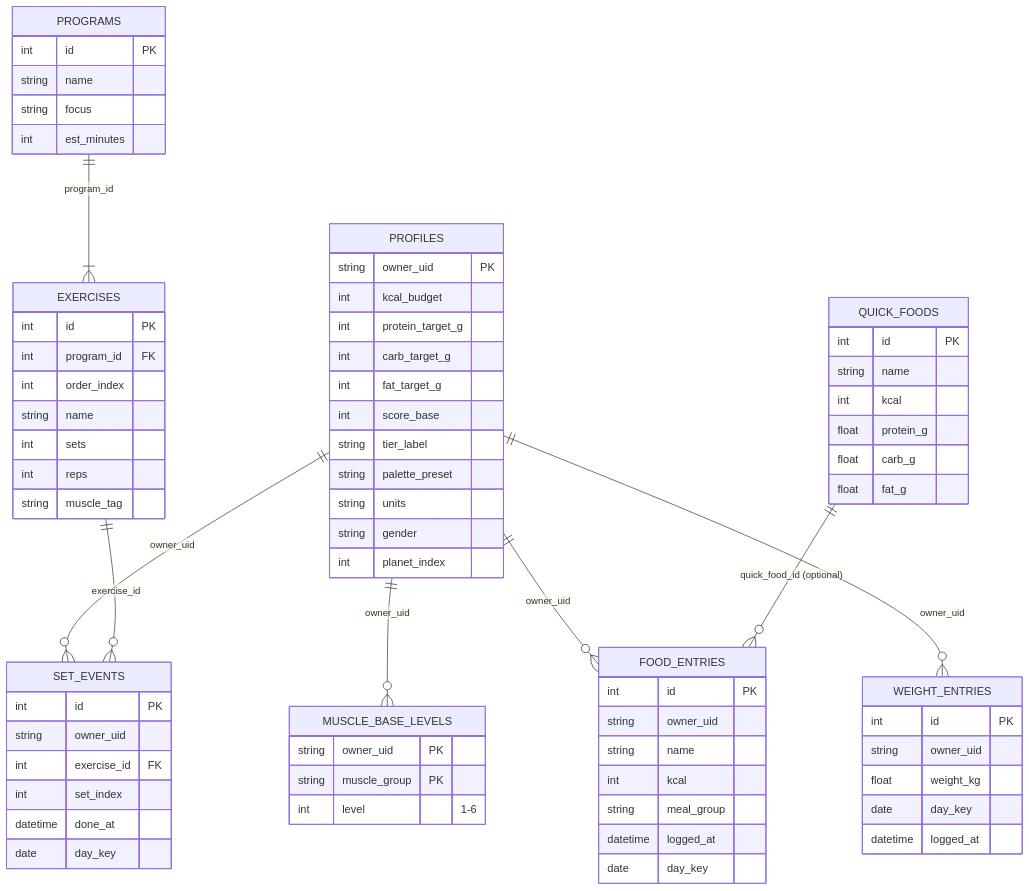
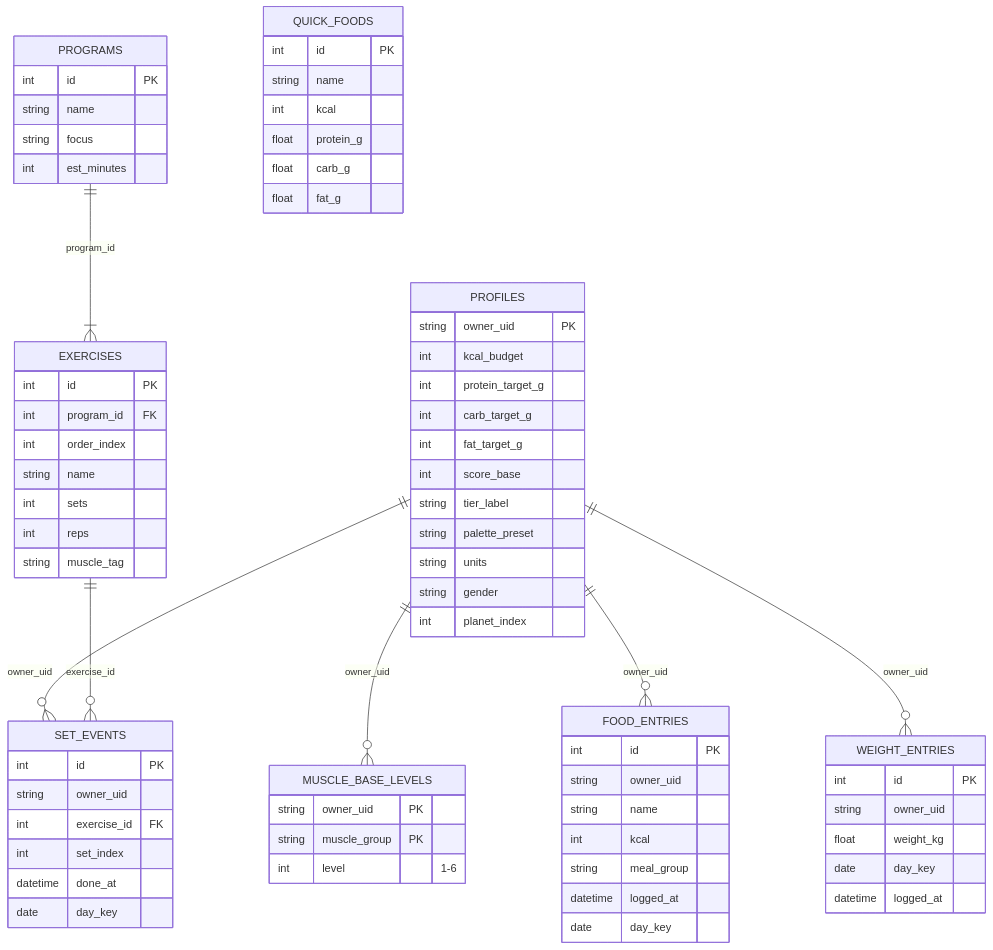
Before and after one commit to bretthinkle123/orbit-fitness-app: the third of 5 diagrams in docs/system_architecture.md, drawn with Mermaid. The commit also changed other lines of this file and 22 other files, not shown here.

````diff
--- a/docs/system_architecture.md
+++ b/docs/system_architecture.md
@@ -63,76 +63,75 @@
 ```mermaid
 erDiagram
     PROFILES ||--o{ MUSCLE_BASE_LEVELS : "owner_uid"
     PROFILES ||--o{ FOOD_ENTRIES : "owner_uid"
     PROFILES ||--o{ SET_EVENTS : "owner_uid"
     PROFILES ||--o{ WEIGHT_ENTRIES : "owner_uid"
     PROGRAMS ||--|{ EXERCISES : "program_id"
     EXERCISES ||--o{ SET_EVENTS : "exercise_id"
-    QUICK_FOODS ||--o{ FOOD_ENTRIES : "quick_food_id (optional)"
 
     PROFILES {
         string owner_uid PK
         int kcal_budget
         int protein_target_g
         int carb_target_g
         int fat_target_g
         int score_base
         string tier_label
         string palette_preset
         string units
         string gender
         int planet_index
     }
     MUSCLE_BASE_LEVELS {
         string owner_uid PK
         string muscle_group PK
         int level "1-6"
     }
     QUICK_FOODS {
         int id PK
         string name
         int kcal
         float protein_g
         float carb_g
         float fat_g
     }
     FOOD_ENTRIES {
         int id PK
         string owner_uid
         string name
         int kcal
         string meal_group
         datetime logged_at
         date day_key
     }
     PROGRAMS {
         int id PK
         string name
         string focus
         int est_minutes
     }
     EXERCISES {
         int id PK
         int program_id FK
         int order_index
         string name
         int sets
         int reps
         string muscle_tag
     }
     SET_EVENTS {
         int id PK
         string owner_uid
         int exercise_id FK
         int set_index
         datetime done_at
         date day_key
     }
     WEIGHT_ENTRIES {
         int id PK
         string owner_uid
         float weight_kg
         date day_key
         datetime logged_at
     }
 ```
````
